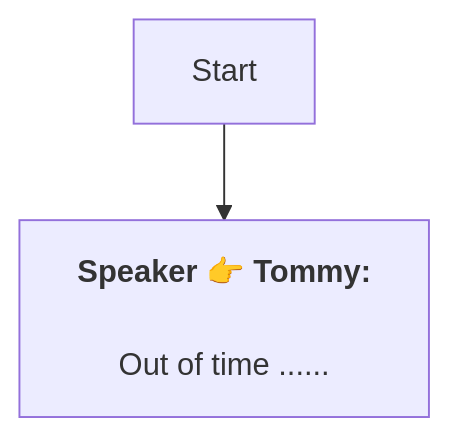
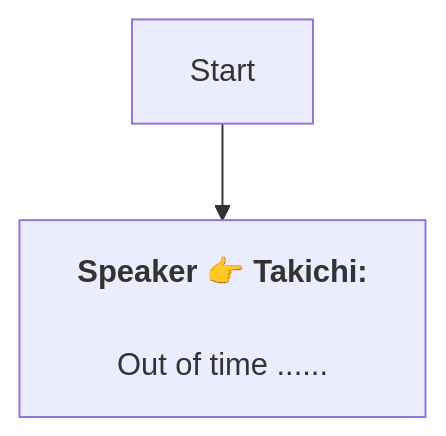
The diagram in En/Dialog_55045300888579.md (SoftHu/tos_avg), drawn with Mermaid before and after one commit. The commit also changed 737 other files, not shown here.

````diff
--- a/En/Dialog_55045300888579.md
+++ b/En/Dialog_55045300888579.md
@@ -1,7 +1,6 @@
 ```mermaid
 graph
-Start -->1761449641855683[<b>Speaker 👉 Tommy:</b>
+Start -->1761449641855683[<b>Speaker 👉 Takichi:</b>
+\nOut of time ......]
 
-Out of time ......]
-
- ```
+```
````
